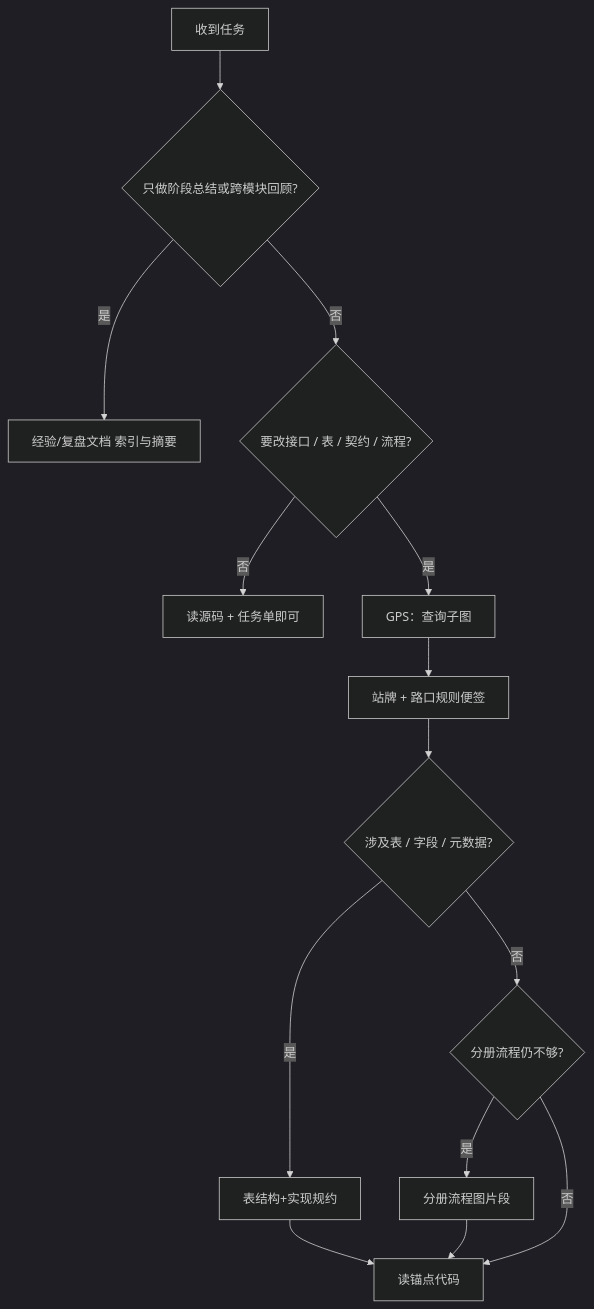
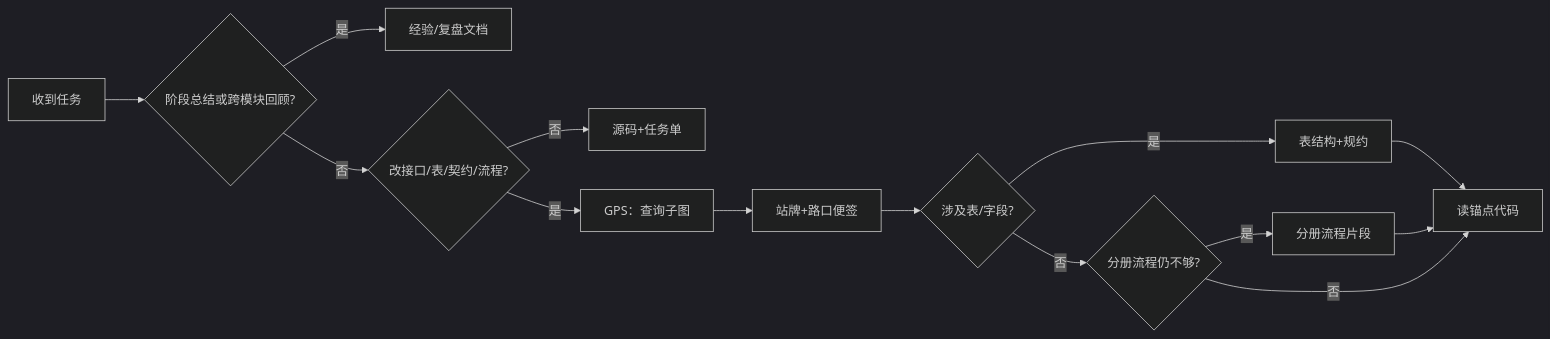
One commit to Cyning12/ai-coding-closed-loop-articles changed the second of 2 diagrams in ARTICLE_AI_Coding_可闭环协作_公众稿_vol2_v0.8.2_zh.md. Above: the diagram before and after it, drawn with Mermaid (dark theme). The commit also changed other lines of this file and 14 other files, not shown here.

First line of the commit message:
feat(publish): Mermaid 配图导出与卷二 §9.4 横向决策图

````diff
--- a/ARTICLE_AI_Coding_可闭环协作_公众稿_vol2_v0.8.2_zh.md
+++ b/ARTICLE_AI_Coding_可闭环协作_公众稿_vol2_v0.8.2_zh.md
@@ -308,16 +308,15 @@
 ```mermaid
-flowchart TD
-  Q[收到任务] --> R{只做阶段总结或跨模块回顾?}
-  R -->|是| W[经验/复盘文档 索引与摘要]
-  R -->|否| T{要改接口 / 表 / 契约 / 流程?}
-  T -->|否| CODE[读源码 + 任务单即可]
-  T -->|是| GQ[GPS：查询子图]
-  GQ --> M[站牌 + 路口规则便签]
-  M --> DB{涉及表 / 字段 / 元数据?}
-  DB -->|是| S[表结构+实现规约]
+flowchart LR
+  Q[收到任务] --> R{阶段总结或跨模块回顾?}
+  R -->|是| W[经验/复盘文档]
+  R -->|否| T{改接口/表/契约/流程?}
+  T -->|否| CODE[源码+任务单]
+  T -->|是| GQ[GPS：查询子图] --> M[站牌+路口便签]
+  M --> DB{涉及表/字段?}
+  DB -->|是| S[表结构+规约]
   DB -->|否| F{分册流程仍不够?}
-  F -->|是| FLOW[分册流程图片段]
+  F -->|是| FLOW[分册流程片段]
   F -->|否| IMPL[读锚点代码]
   S --> IMPL
   FLOW --> IMPL
 ```
````
